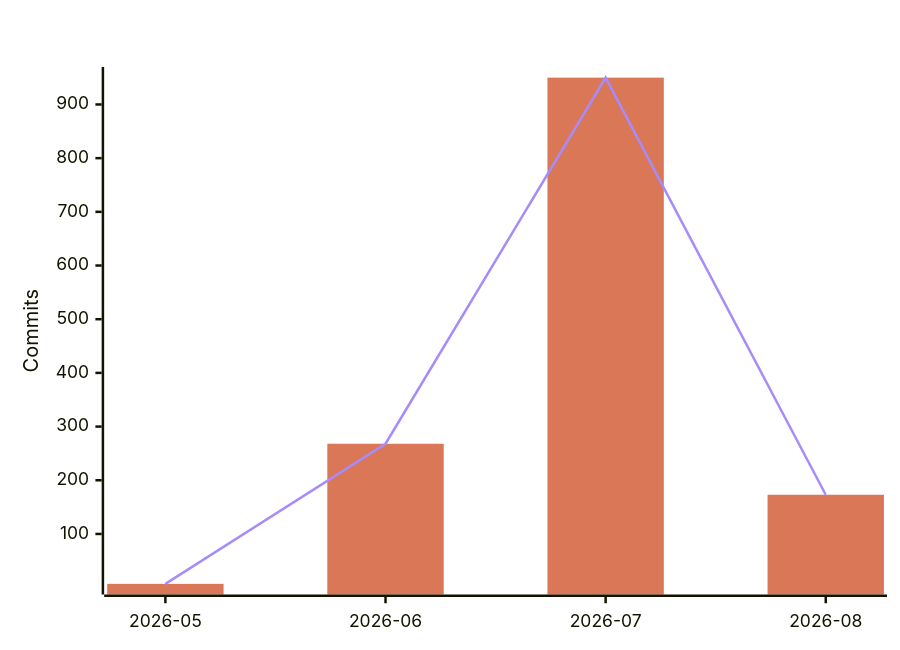
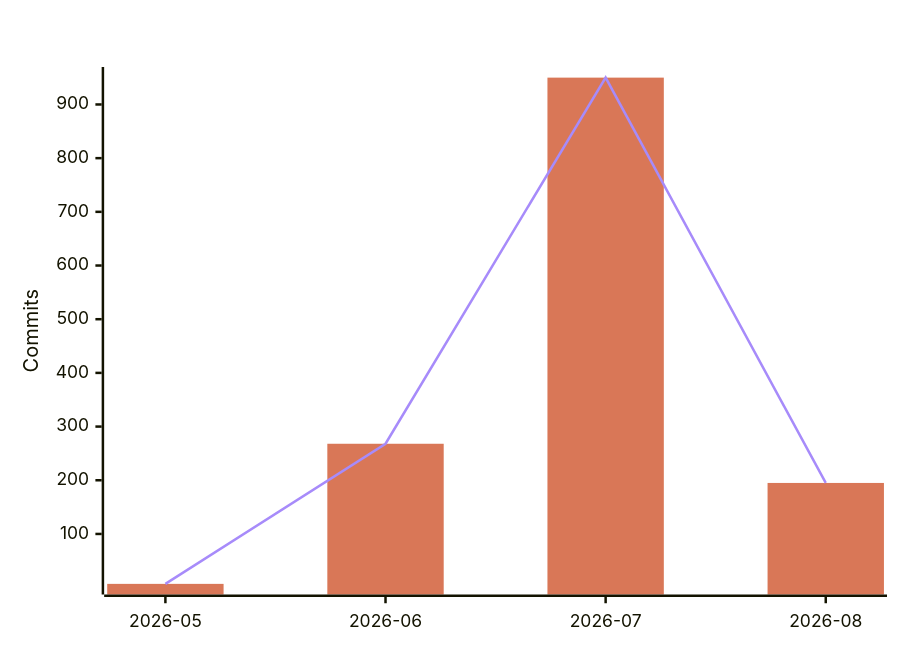
One commit to polo-nyan/polo-nyan changed the fourth of 7 diagrams in README.md. Above: the diagram before and after it, drawn with Mermaid. The commit also changed other lines of this file and 1 other file, not shown here.

````diff
--- a/README.md
+++ b/README.md
@@ -294,9 +294,9 @@
 ```mermaid
 %%{init: {"xyChart": {"titleColor": "#ffffff", "xAxisLabelColor": "#ffffff", "yAxisLabelColor": "#ffffff"}, "themeVariables": {"xyChart": {"titleColor": "#ffffff", "plotColorPalette": "#d97757, #a78bfa"}}}}%%
 xychart-beta
     title "AI-Assisted Commits Per Month"
     x-axis ["2026-05", "2026-06", "2026-07", "2026-08"]
     y-axis "Commits"
-    bar [7, 268, 950, 173]
-    line [7, 268, 950, 173]
+    bar [7, 268, 950, 195]
+    line [7, 268, 950, 195]
 ```
````
